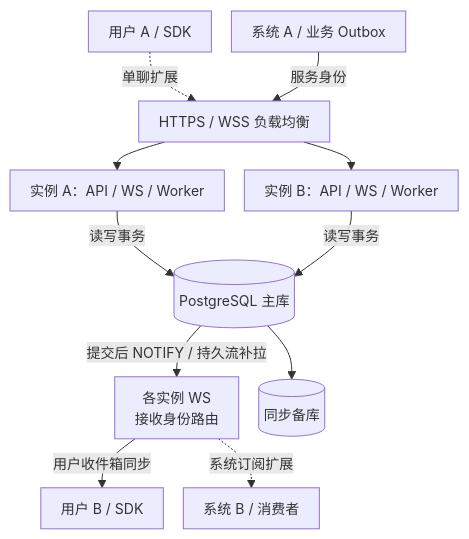
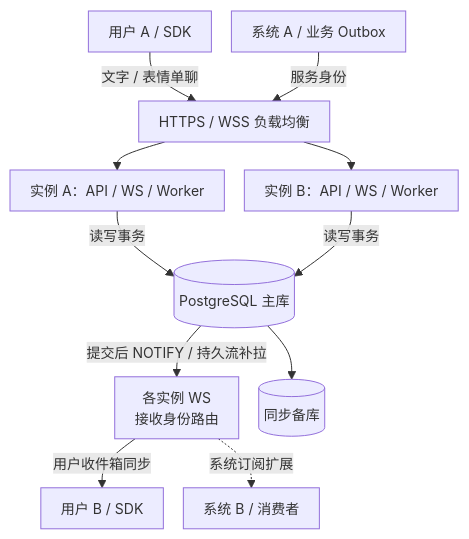
Before and after one commit to bitlap/polyglot-im: the diagram in docs/distributed.md, drawn with Mermaid. The commit also changed other lines of this file and 46 other files, not shown here.

````diff
--- a/docs/distributed.md
+++ b/docs/distributed.md
@@ -7,15 +7,15 @@
 ```mermaid
 %%{init: {"flowchart": {"nodeSpacing": 20, "rankSpacing": 28, "padding": 10}, "themeVariables": {"fontSize": "14px"}}}%%
 flowchart TB
-  UA["用户 A / SDK"] -.->|"单聊扩展"| G["HTTPS / WSS 负载均衡"]
+  UA["用户 A / SDK"] -->|"文字 / 表情单聊"| G["HTTPS / WSS 负载均衡"]
   SA["系统 A / 业务 Outbox"] -->|"服务身份"| G
   G --> A["实例 A：API / WS / Worker"]
   G --> B["实例 B：API / WS / Worker"]
   A -->|"读写事务"| P[("PostgreSQL 主库")]
   B -->|"读写事务"| P
   P -->|"提交后 NOTIFY / 持久流补拉"| WS["各实例 WS<br/>接收身份路由"]
   WS -->|"用户收件箱同步"| UB["用户 B / SDK"]
   WS -.->|"系统订阅扩展"| SB["系统 B / 消费者"]
   P --> S[("同步备库")]
 
 ```
````
